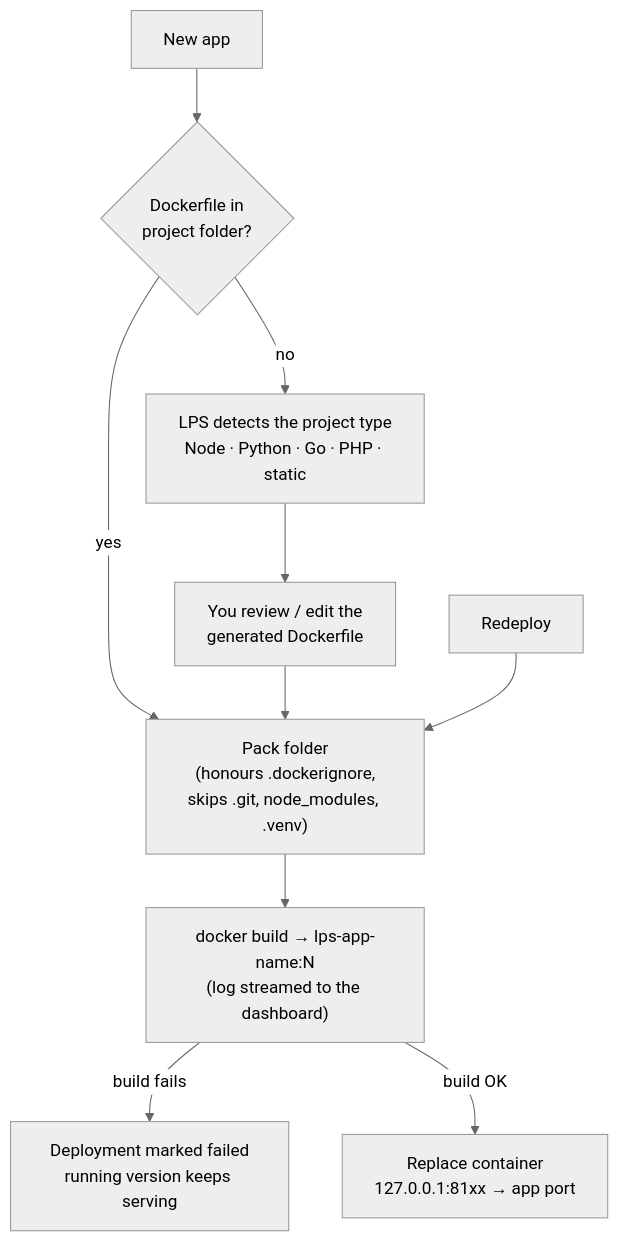
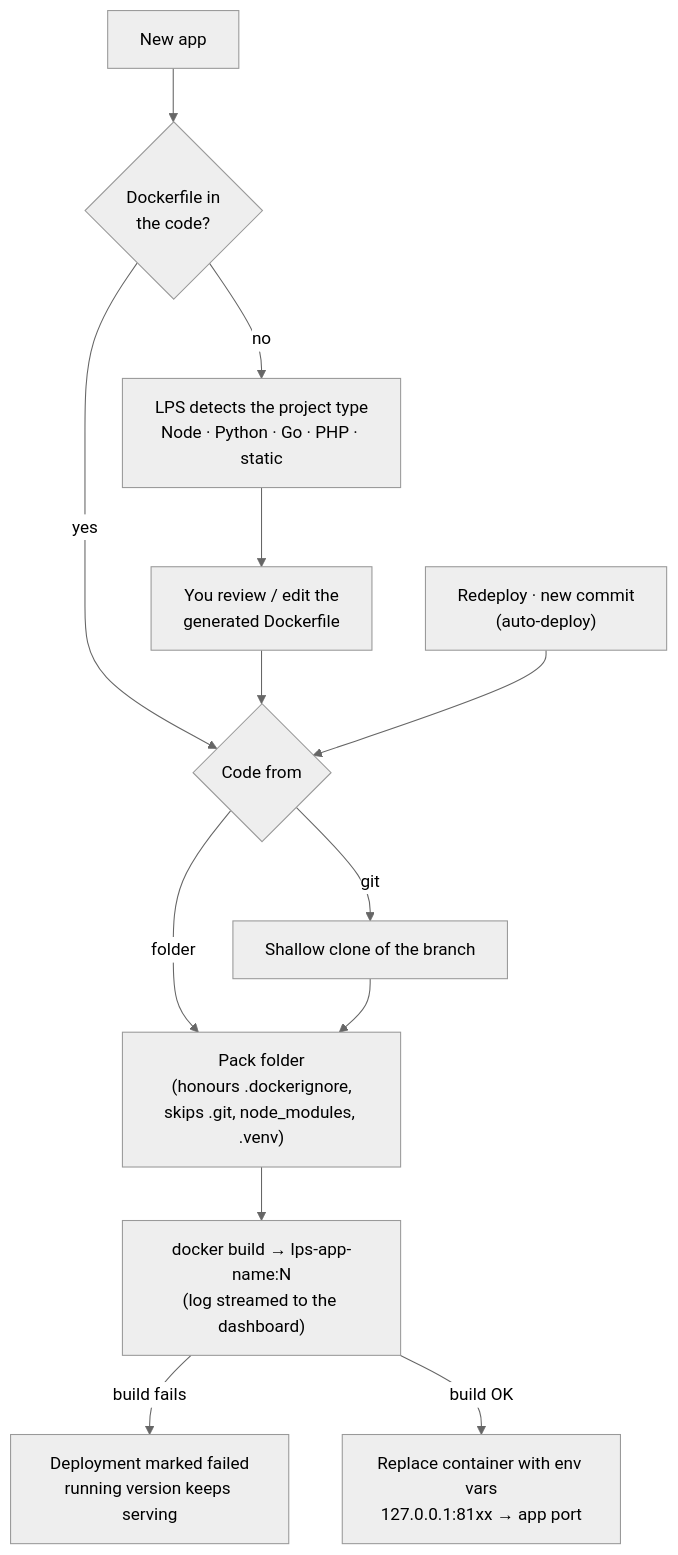
Before and after one commit to AbrarDW/lps: the diagram in docs/apps.md, drawn with Mermaid (neutral theme). The commit also changed other lines of this file and 17 other files, not shown here.

First line of the commit message:
Refresh docs screenshots and diagrams for the current features

````diff
--- a/docs/apps.md
+++ b/docs/apps.md
@@ -18,12 +18,14 @@
 ```mermaid
 flowchart TD
-    A["New app"] --> B{"Dockerfile in<br/>project folder?"}
-    B -- yes --> C["Pack folder<br/>(honours .dockerignore,<br/>skips .git, node_modules, .venv)"]
+    A["New app"] --> B{"Dockerfile in<br/>the code?"}
+    B -- yes --> S
     B -- no --> G1["LPS detects the project type<br/>Node · Python · Go · PHP · static"]
     G1 --> G2["You review / edit the<br/>generated Dockerfile"]
-    G2 --> C
-    R["Redeploy"] --> C
+    G2 --> S
+    R["Redeploy · new commit<br/>(auto-deploy)"] --> S
+    S{"Code from"} -- folder --> C["Pack folder<br/>(honours .dockerignore,<br/>skips .git, node_modules, .venv)"]
+    S -- git --> GC["Shallow clone of the branch"] --> C
     C --> D["docker build → lps-app-name:N<br/>(log streamed to the dashboard)"]
     D -- "build fails" --> F["Deployment marked failed<br/>running version keeps serving"]
-    D -- "build OK" --> E["Replace container<br/>127.0.0.1:81xx → app port"]
+    D -- "build OK" --> E["Replace container with env vars<br/>127.0.0.1:81xx → app port"]
 ```
````
